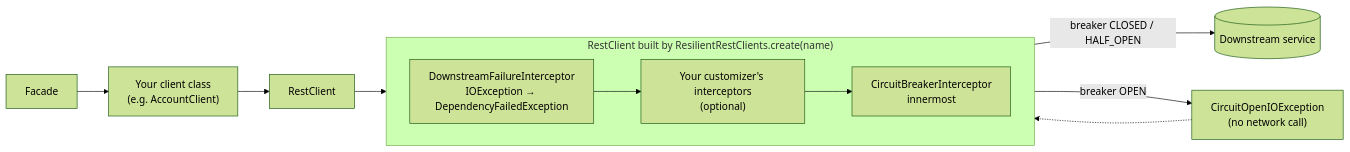
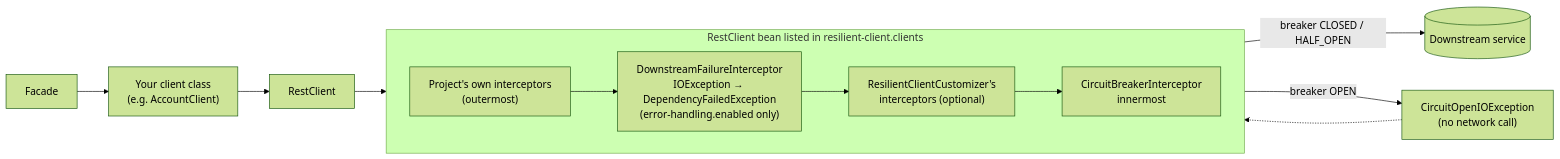
One commit to thepipeman/prototype-integrations changed the first of 5 diagrams in docs/circuit-breaker.md. Above: the diagram before and after it, drawn with Mermaid (forest theme). The commit also changed other lines of this file and 26 other files, not shown here.

````diff
--- a/docs/circuit-breaker.md
+++ b/docs/circuit-breaker.md
@@ -14,18 +15,19 @@
 ```mermaid
 flowchart LR
     F[Facade] --> C["Your client class<br/>(e.g. AccountClient)"]
     C --> RC[RestClient]
 
-    subgraph RC_INNER ["RestClient built by ResilientRestClients.create(name)"]
+    subgraph RC_INNER ["RestClient bean listed in resilient-client.clients"]
         direction LR
-        DFI["DownstreamFailureInterceptor<br/>IOException → DependencyFailedException"]
-        CUST["Your customizer's interceptors<br/>(optional)"]
+        PROJ["Project's own interceptors<br/>(outermost)"]
+        DFI["DownstreamFailureInterceptor<br/>IOException → DependencyFailedException<br/>(error-handling.enabled only)"]
+        CUST["ResilientClientCustomizer's<br/>interceptors (optional)"]
         CBI["CircuitBreakerInterceptor<br/>innermost"]
-        DFI --> CUST --> CBI
+        PROJ --> DFI --> CUST --> CBI
     end
 
     RC --> DFI
     CBI -- "breaker CLOSED / HALF_OPEN" --> NET[(Downstream service)]
     CBI -- "breaker OPEN" --> X["CircuitOpenIOException<br/>(no network call)"]
     X -.-> DFI
 ```
````
